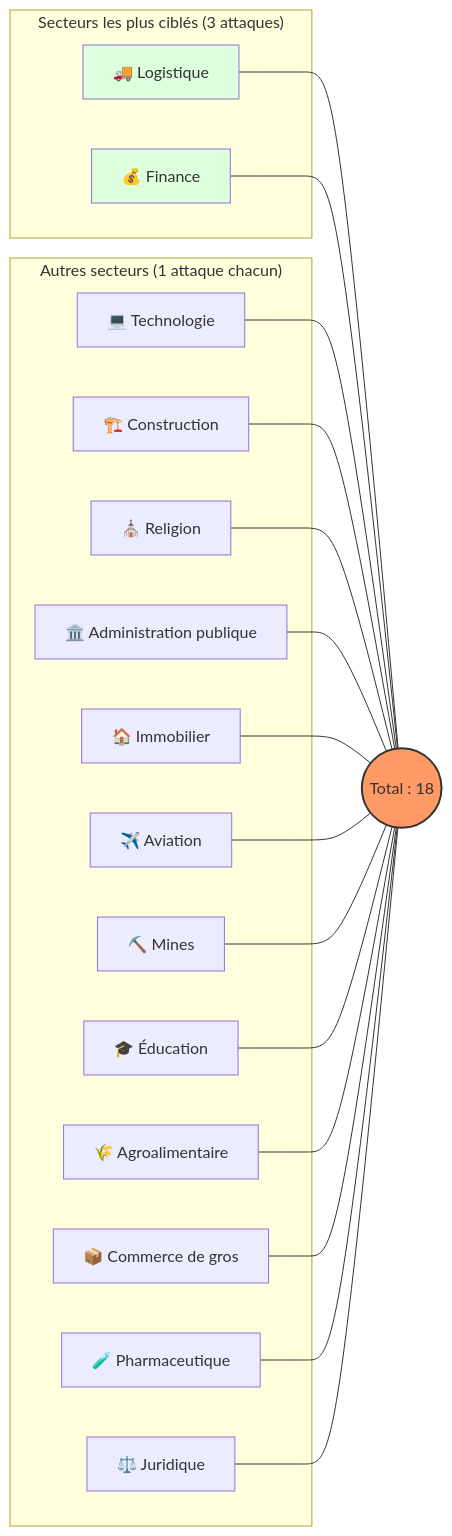
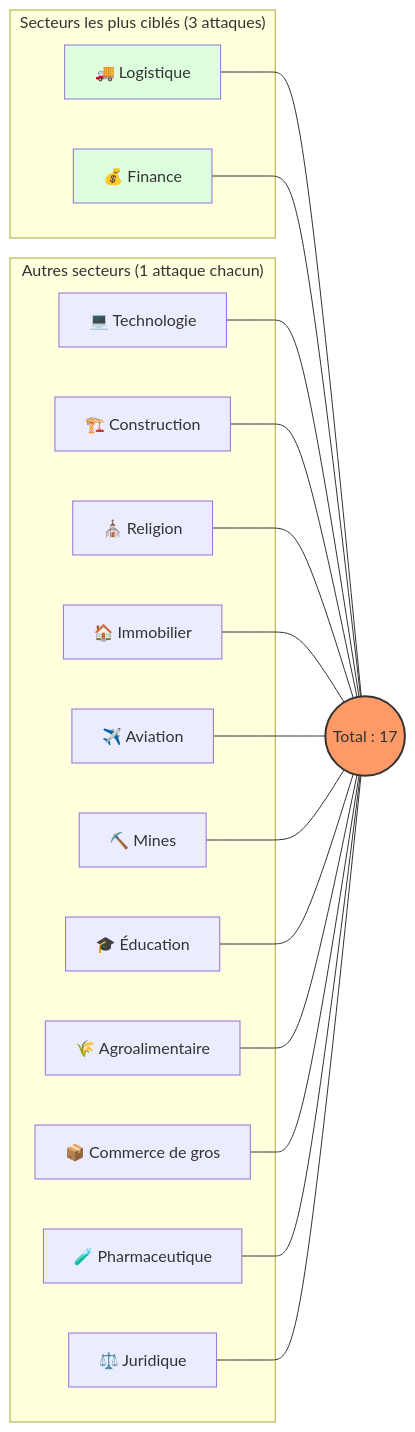
The first of 3 diagrams in reports/2025/10-october/README_FR.md (Hatchepsoute/AFRINTEL), drawn with Mermaid before and after one commit. The commit also changed other lines of this file and 14 other files, not shown here.

````diff
--- a/reports/2025/10-october/README_FR.md
+++ b/reports/2025/10-october/README_FR.md
@@ -64,41 +56,39 @@
 ```mermaid
 graph LR
     subgraph "Secteurs les plus ciblés (3 attaques)"
     L[🚚 Logistique]
     F[💰 Finance]
     end
 
     subgraph "Autres secteurs (1 attaque chacun)"
     T[💻 Technologie]
     C[🏗️ Construction]
     R[⛪ Religion]
-    A[🏛️ Administration publique]
     RE[🏠 Immobilier]
     AV[✈️ Aviation]
     M[⛏️ Mines]
     E[🎓 Éducation]
     AG[🌾 Agroalimentaire]
     W[📦 Commerce de gros]
     P[🧪 Pharmaceutique]
     J[⚖️ Juridique]
     end
 
-    L --- Total((Total : 18))
+    L --- Total((Total : 17))
     F --- Total
     T --- Total
     C --- Total
     R --- Total
-    A --- Total
     RE --- Total
     AV --- Total
     M --- Total
     E --- Total
     AG --- Total
     W --- Total
     P --- Total
     J --- Total
 
     style Total fill:#f96,stroke:#333,stroke-width:2px
     style L fill:#dfd
     style F fill:#dfd
 ```
````
